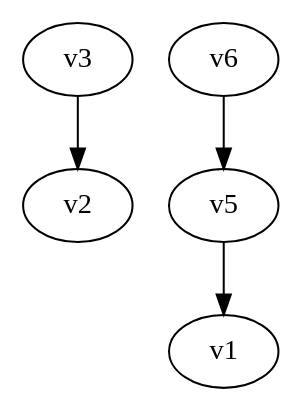
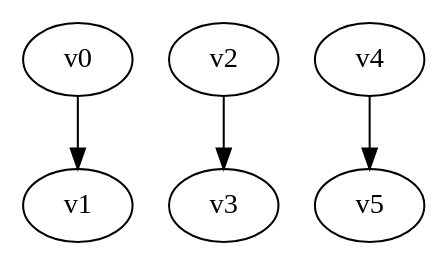
The diagram in digraph.dot (yadej/graph_project), drawn with Graphviz before and after one commit. The commit also changed 4 other files, not shown here.

```diff
--- a/digraph.dot
+++ b/digraph.dot
@@ -1,5 +1,5 @@
 digraph G { 
-v3 -> v2;
-v5 -> v1;
-v6 -> v5;
+v0 -> v1;
+v2 -> v3;
+v4 -> v5;
 }
```
